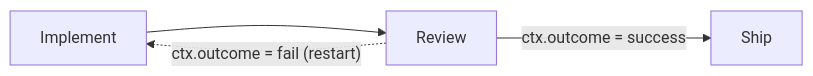
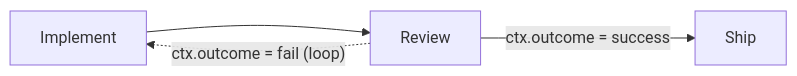
Before and after one commit to 2389-research/dippin-lang: the third of 5 diagrams in docs/edges.md, drawn with Mermaid. The commit also changed other lines of this file and 15 other files, not shown here.

````diff
--- a/docs/edges.md
+++ b/docs/edges.md
@@ -277,6 +279,6 @@
 ```mermaid
 graph LR
     Implement --> Review
     Review --> |"ctx.outcome = success"| Ship
-    Review -.-> |"ctx.outcome = fail (restart)"| Implement
+    Review -.-> |"ctx.outcome = fail (loop)"| Implement
 ```
````
